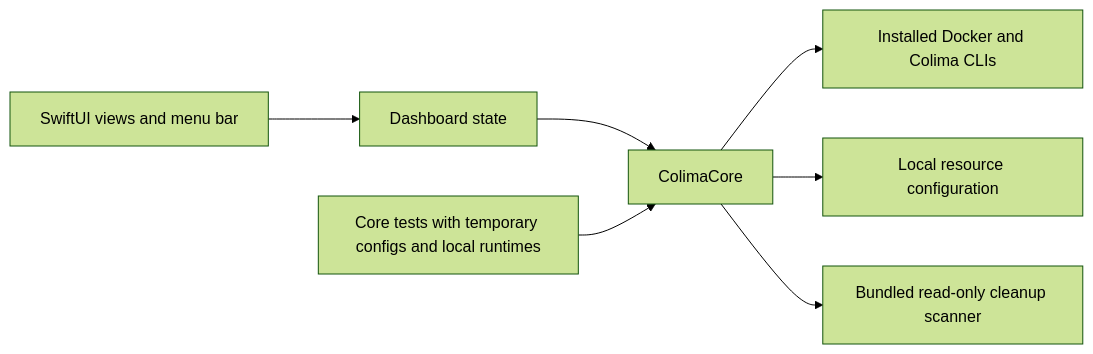
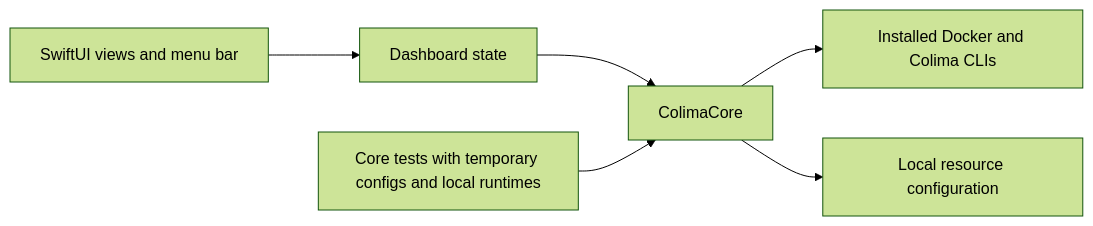
One commit to psg2/colima-mini changed the diagram in docs/ARCHITECTURE.md. Above: the diagram before and after it, drawn with Mermaid (forest theme). The commit also changed other lines of this file and 18 other files, not shown here.

````diff
--- a/docs/ARCHITECTURE.md
+++ b/docs/ARCHITECTURE.md
@@ -3,9 +3,8 @@
 ```mermaid
 flowchart LR
     Views[SwiftUI views and menu bar] --> State[Dashboard state]
     State --> Core[ColimaCore]
     Core --> CLIs[Installed Docker and Colima CLIs]
     Core --> Config[Local resource configuration]
-    Core --> Scanner[Bundled read-only cleanup scanner]
     Tests[Core tests with temporary configs and local runtimes] --> Core
 ```
````
